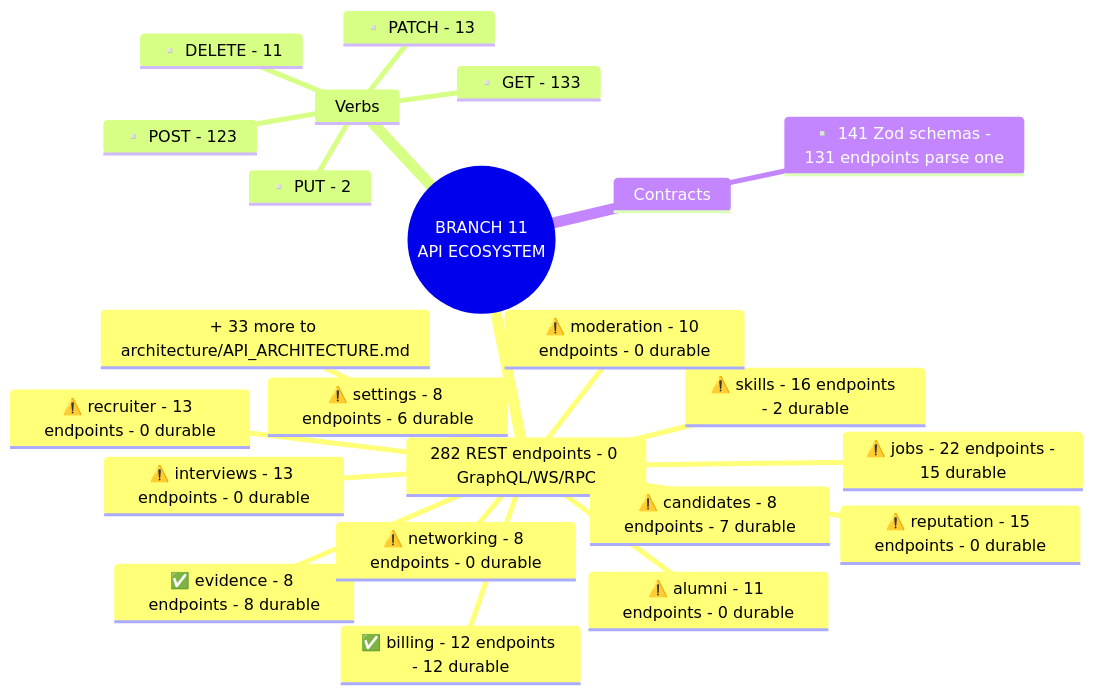
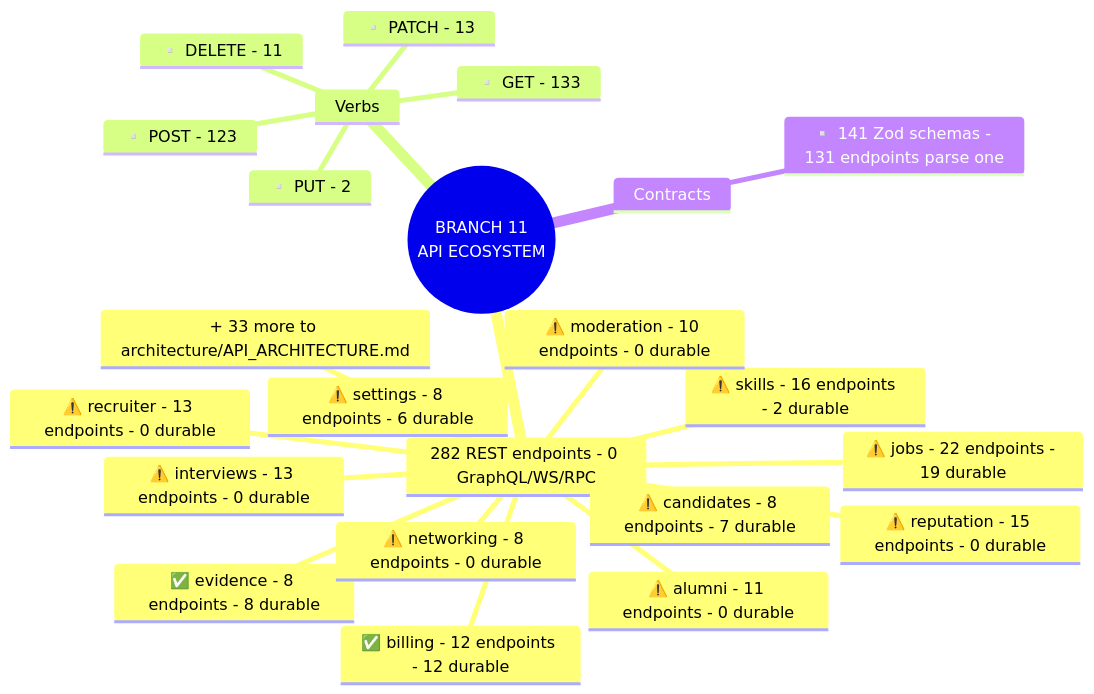
Before and after one commit to yhsomani/talentsphere-complete: diagram 13 of 22 in project-mindmap/master/MASTER_PROJECT_DIAGRAMS.md, drawn with Mermaid. The commit also changed other lines of this file and 44 other files, not shown here.

First line of the commit message:
docs: dedup scan, doc-to-code sync and mind map refresh

````diff
--- a/project-mindmap/master/MASTER_PROJECT_DIAGRAMS.md
+++ b/project-mindmap/master/MASTER_PROJECT_DIAGRAMS.md
@@ -391,26 +391,26 @@
 ```mermaid
 mindmap
   root(("BRANCH 11<br/>API ECOSYSTEM"))
     282 REST endpoints - 0 GraphQL/WS/RPC
-      ⚠️ jobs - 22 endpoints - 15 durable
+      ⚠️ jobs - 22 endpoints - 19 durable
       ⚠️ skills - 16 endpoints - 2 durable
       ⚠️ reputation - 15 endpoints - 0 durable
       ⚠️ interviews - 13 endpoints - 0 durable
       ⚠️ recruiter - 13 endpoints - 0 durable
       ✅ billing - 12 endpoints - 12 durable
       ⚠️ alumni - 11 endpoints - 0 durable
       ⚠️ moderation - 10 endpoints - 0 durable
       ✅ evidence - 8 endpoints - 8 durable
       ⚠️ candidates - 8 endpoints - 7 durable
       ⚠️ networking - 8 endpoints - 0 durable
       ⚠️ settings - 8 endpoints - 6 durable
       + 33 more to architecture/API_ARCHITECTURE.md
     Verbs
       ▫️ GET - 133
       ▫️ POST - 123
       ▫️ PATCH - 13
       ▫️ DELETE - 11
       ▫️ PUT - 2
     Contracts
       ▫️ 141 Zod schemas - 131 endpoints parse one
 ```
````
